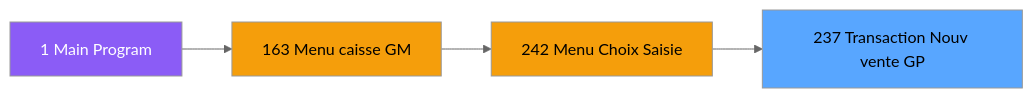
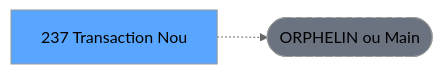
Before and after one commit to thonyAGP/lecteur-magic: the second of 3 diagrams in .openspec/renders/ADH-IDE-237.md, drawn with Mermaid (neutral theme). The commit also changed other lines of this file and 701 other files, not shown here.

````diff
--- a/.openspec/renders/ADH-IDE-237.md
+++ b/.openspec/renders/ADH-IDE-237.md
@@ -373,16 +146,8 @@
 ```mermaid
 graph LR
-    M[1 Main Program]
-    M163[163 Menu caisse GM]
-    M242[242 Menu Choix Saisie]
-    T[237 Transaction Nouv vente GP]
-
-    M --> M163
-    M163 --> M242
-    M242 --> T
-
-    style M fill:#8b5cf6,color:#fff
-    style M163 fill:#f59e0b
-    style M242 fill:#f59e0b
+    T[237 Transaction Nou]
+    ORPHAN([ORPHELIN ou Main])
+    T -.-> ORPHAN
     style T fill:#58a6ff,color:#000
+    style ORPHAN fill:#6b7280,stroke-dasharray: 5 5
 ```
````
